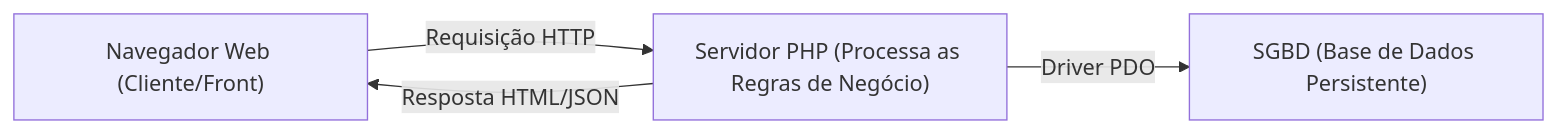
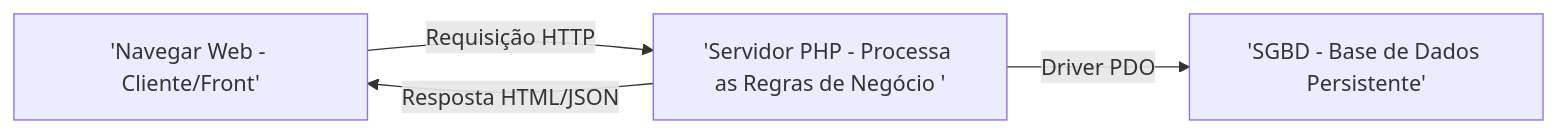
One commit to EduardoPaulino10/PHPVanilla changed the tenth of 28 diagrams in README.md. Above: the diagram before and after it, drawn with Mermaid. The commit also changed other lines of this file and 49 other files, not shown here.

````diff
--- a/README.md
+++ b/README.md
@@ -1126,10 +1131,10 @@
 ```mermaid
 flowchart LR
-    navegador["Navegador Web (Cliente/Front)"]
-    servidor["Servidor PHP (Processa as Regras de Negócio)"]
-    banco["SGBD (Base de Dados Persistente)"]
-    
-    navegador -->|Requisição HTTP| servidor
-    servidor -->|Driver PDO| banco
-    servidor -->|Resposta HTML/JSON| navegador
+    navegador['Navegar Web - Cliente/Front']
+    servidor['Servidor PHP - Processa as Regras de Negócio ']
+    banco['SGBD - Base de Dados Persistente'] 
+
+    navegador --> |"Requisição HTTP"| servidor
+    servidor --> |"Driver PDO"| banco
+    servidor --> |"Resposta HTML/JSON"| navegador
 ```
````
